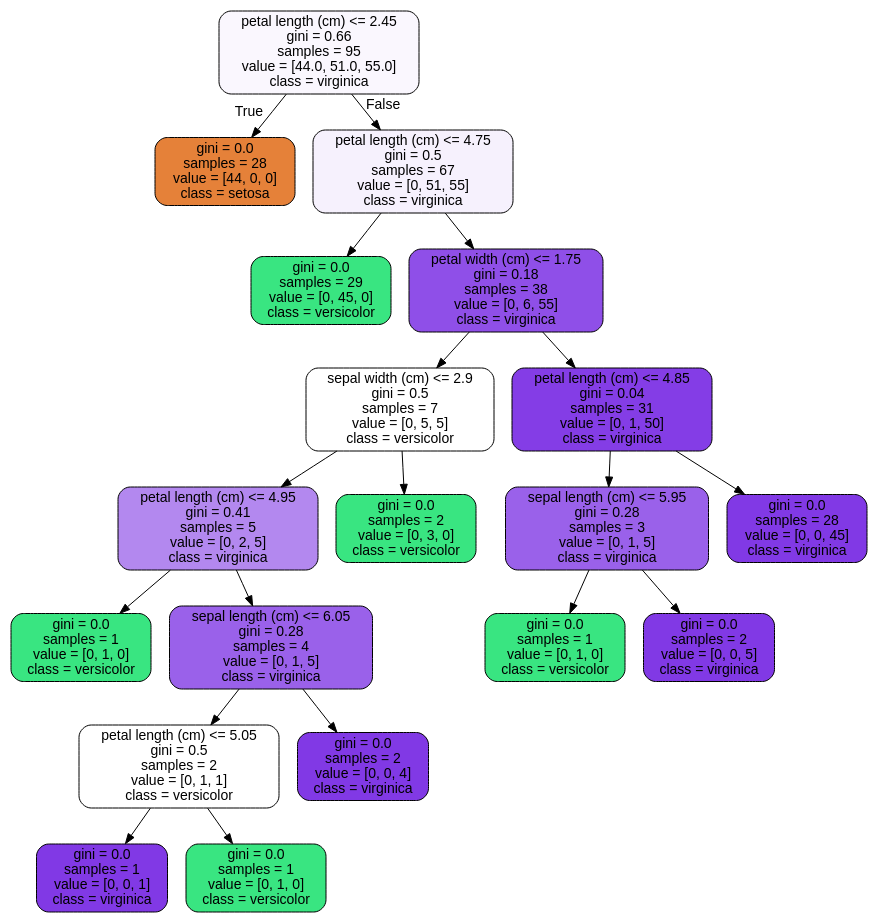
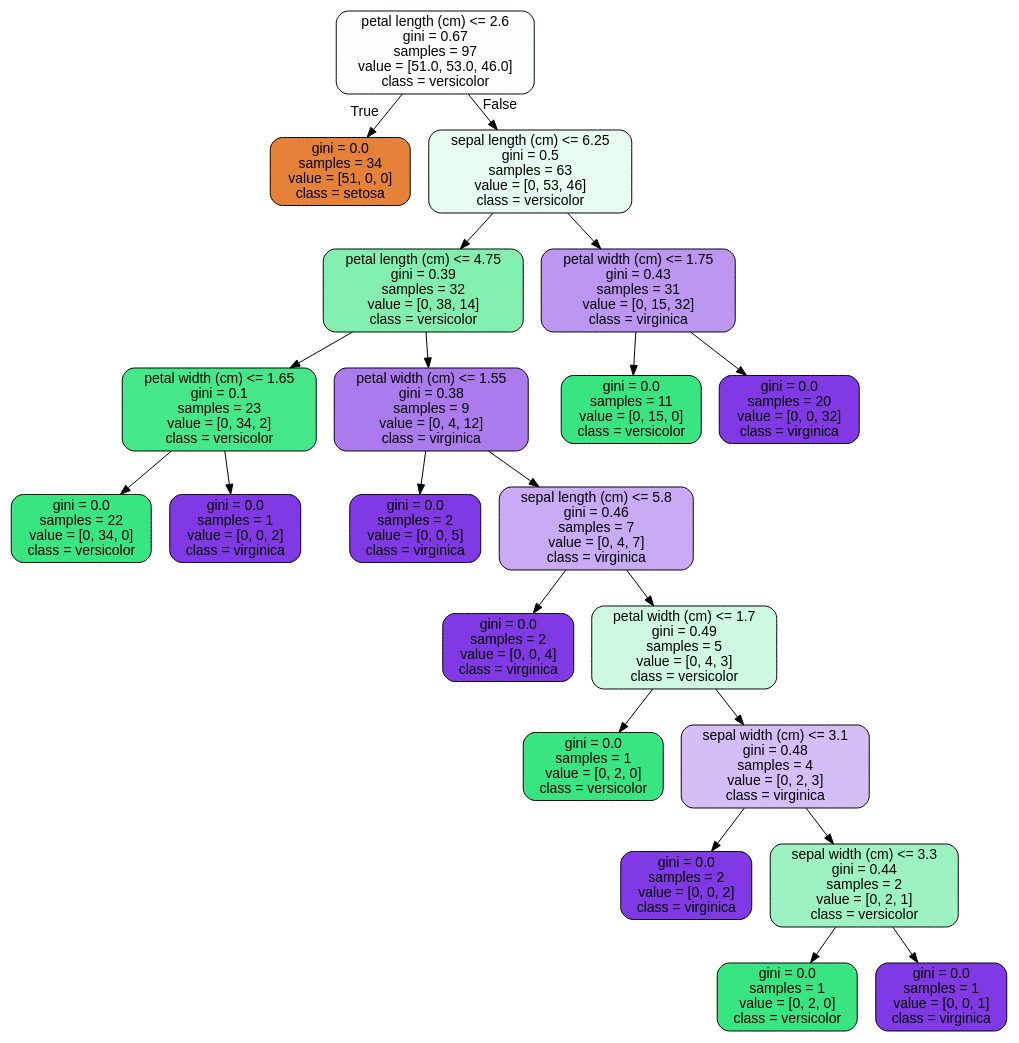
One commit to dianakulawiec/datascience changed the diagram in Random Forest Covid Case Study/tree.dot. Above: the diagram before and after it, drawn with Graphviz. The commit also changed 1 other file, not shown here.

```diff
--- a/Random Forest Covid Case Study/tree.dot
+++ b/Random Forest Covid Case Study/tree.dot
@@ -1,41 +1,45 @@
 digraph Tree {
 node [shape=box, style="filled, rounded", color="black", fontname="helvetica"] ;
 edge [fontname="helvetica"] ;
-0 [label="petal length (cm) <= 2.45\ngini = 0.66\nsamples = 95\nvalue = [44.0, 51.0, 55.0]\nclass = virginica", fillcolor="#faf7fe"] ;
-1 [label="gini = 0.0\nsamples = 28\nvalue = [44, 0, 0]\nclass = setosa", fillcolor="#e58139"] ;
+0 [label="petal length (cm) <= 2.6\ngini = 0.67\nsamples = 97\nvalue = [51.0, 53.0, 46.0]\nclass = versicolor", fillcolor="#fbfefc"] ;
+1 [label="gini = 0.0\nsamples = 34\nvalue = [51, 0, 0]\nclass = setosa", fillcolor="#e58139"] ;
 0 -> 1 [labeldistance=2.5, labelangle=45, headlabel="True"] ;
-2 [label="petal length (cm) <= 4.75\ngini = 0.5\nsamples = 67\nvalue = [0, 51, 55]\nclass = virginica", fillcolor="#f6f1fd"] ;
+2 [label="sepal length (cm) <= 6.25\ngini = 0.5\nsamples = 63\nvalue = [0, 53, 46]\nclass = versicolor", fillcolor="#e5fcee"] ;
 0 -> 2 [labeldistance=2.5, labelangle=-45, headlabel="False"] ;
-3 [label="gini = 0.0\nsamples = 29\nvalue = [0, 45, 0]\nclass = versicolor", fillcolor="#39e581"] ;
+3 [label="petal length (cm) <= 4.75\ngini = 0.39\nsamples = 32\nvalue = [0, 38, 14]\nclass = versicolor", fillcolor="#82efaf"] ;
 2 -> 3 ;
-4 [label="petal width (cm) <= 1.75\ngini = 0.18\nsamples = 38\nvalue = [0, 6, 55]\nclass = virginica", fillcolor="#8f4fe8"] ;
-2 -> 4 ;
-5 [label="sepal width (cm) <= 2.9\ngini = 0.5\nsamples = 7\nvalue = [0, 5, 5]\nclass = versicolor", fillcolor="#ffffff"] ;
+4 [label="petal width (cm) <= 1.65\ngini = 0.1\nsamples = 23\nvalue = [0, 34, 2]\nclass = versicolor", fillcolor="#45e788"] ;
+3 -> 4 ;
+5 [label="gini = 0.0\nsamples = 22\nvalue = [0, 34, 0]\nclass = versicolor", fillcolor="#39e581"] ;
 4 -> 5 ;
-6 [label="petal length (cm) <= 4.95\ngini = 0.41\nsamples = 5\nvalue = [0, 2, 5]\nclass = virginica", fillcolor="#b388ef"] ;
-5 -> 6 ;
-7 [label="gini = 0.0\nsamples = 1\nvalue = [0, 1, 0]\nclass = versicolor", fillcolor="#39e581"] ;
-6 -> 7 ;
-8 [label="sepal length (cm) <= 6.05\ngini = 0.28\nsamples = 4\nvalue = [0, 1, 5]\nclass = virginica", fillcolor="#9a61ea"] ;
-6 -> 8 ;
-9 [label="petal length (cm) <= 5.05\ngini = 0.5\nsamples = 2\nvalue = [0, 1, 1]\nclass = versicolor", fillcolor="#ffffff"] ;
-8 -> 9 ;
-10 [label="gini = 0.0\nsamples = 1\nvalue = [0, 0, 1]\nclass = virginica", fillcolor="#8139e5"] ;
+6 [label="gini = 0.0\nsamples = 1\nvalue = [0, 0, 2]\nclass = virginica", fillcolor="#8139e5"] ;
+4 -> 6 ;
+7 [label="petal width (cm) <= 1.55\ngini = 0.38\nsamples = 9\nvalue = [0, 4, 12]\nclass = virginica", fillcolor="#ab7bee"] ;
+3 -> 7 ;
+8 [label="gini = 0.0\nsamples = 2\nvalue = [0, 0, 5]\nclass = virginica", fillcolor="#8139e5"] ;
+7 -> 8 ;
+9 [label="sepal length (cm) <= 5.8\ngini = 0.46\nsamples = 7\nvalue = [0, 4, 7]\nclass = virginica", fillcolor="#c9aaf4"] ;
+7 -> 9 ;
+10 [label="gini = 0.0\nsamples = 2\nvalue = [0, 0, 4]\nclass = virginica", fillcolor="#8139e5"] ;
 9 -> 10 ;
-11 [label="gini = 0.0\nsamples = 1\nvalue = [0, 1, 0]\nclass = versicolor", fillcolor="#39e581"] ;
+11 [label="petal width (cm) <= 1.7\ngini = 0.49\nsamples = 5\nvalue = [0, 4, 3]\nclass = versicolor", fillcolor="#cef8e0"] ;
 9 -> 11 ;
-12 [label="gini = 0.0\nsamples = 2\nvalue = [0, 0, 4]\nclass = virginica", fillcolor="#8139e5"] ;
-8 -> 12 ;
-13 [label="gini = 0.0\nsamples = 2\nvalue = [0, 3, 0]\nclass = versicolor", fillcolor="#39e581"] ;
-5 -> 13 ;
-14 [label="petal length (cm) <= 4.85\ngini = 0.04\nsamples = 31\nvalue = [0, 1, 50]\nclass = virginica", fillcolor="#843de6"] ;
-4 -> 14 ;
-15 [label="sepal length (cm) <= 5.95\ngini = 0.28\nsamples = 3\nvalue = [0, 1, 5]\nclass = virginica", fillcolor="#9a61ea"] ;
-14 -> 15 ;
-16 [label="gini = 0.0\nsamples = 1\nvalue = [0, 1, 0]\nclass = versicolor", fillcolor="#39e581"] ;
+12 [label="gini = 0.0\nsamples = 1\nvalue = [0, 2, 0]\nclass = versicolor", fillcolor="#39e581"] ;
+11 -> 12 ;
+13 [label="sepal width (cm) <= 3.1\ngini = 0.48\nsamples = 4\nvalue = [0, 2, 3]\nclass = virginica", fillcolor="#d5bdf6"] ;
+11 -> 13 ;
+14 [label="gini = 0.0\nsamples = 2\nvalue = [0, 0, 2]\nclass = virginica", fillcolor="#8139e5"] ;
+13 -> 14 ;
+15 [label="sepal width (cm) <= 3.3\ngini = 0.44\nsamples = 2\nvalue = [0, 2, 1]\nclass = versicolor", fillcolor="#9cf2c0"] ;
+13 -> 15 ;
+16 [label="gini = 0.0\nsamples = 1\nvalue = [0, 2, 0]\nclass = versicolor", fillcolor="#39e581"] ;
 15 -> 16 ;
-17 [label="gini = 0.0\nsamples = 2\nvalue = [0, 0, 5]\nclass = virginica", fillcolor="#8139e5"] ;
+17 [label="gini = 0.0\nsamples = 1\nvalue = [0, 0, 1]\nclass = virginica", fillcolor="#8139e5"] ;
 15 -> 17 ;
-18 [label="gini = 0.0\nsamples = 28\nvalue = [0, 0, 45]\nclass = virginica", fillcolor="#8139e5"] ;
-14 -> 18 ;
+18 [label="petal width (cm) <= 1.75\ngini = 0.43\nsamples = 31\nvalue = [0, 15, 32]\nclass = virginica", fillcolor="#bc96f1"] ;
+2 -> 18 ;
+19 [label="gini = 0.0\nsamples = 11\nvalue = [0, 15, 0]\nclass = versicolor", fillcolor="#39e581"] ;
+18 -> 19 ;
+20 [label="gini = 0.0\nsamples = 20\nvalue = [0, 0, 32]\nclass = virginica", fillcolor="#8139e5"] ;
+18 -> 20 ;
 }
```
